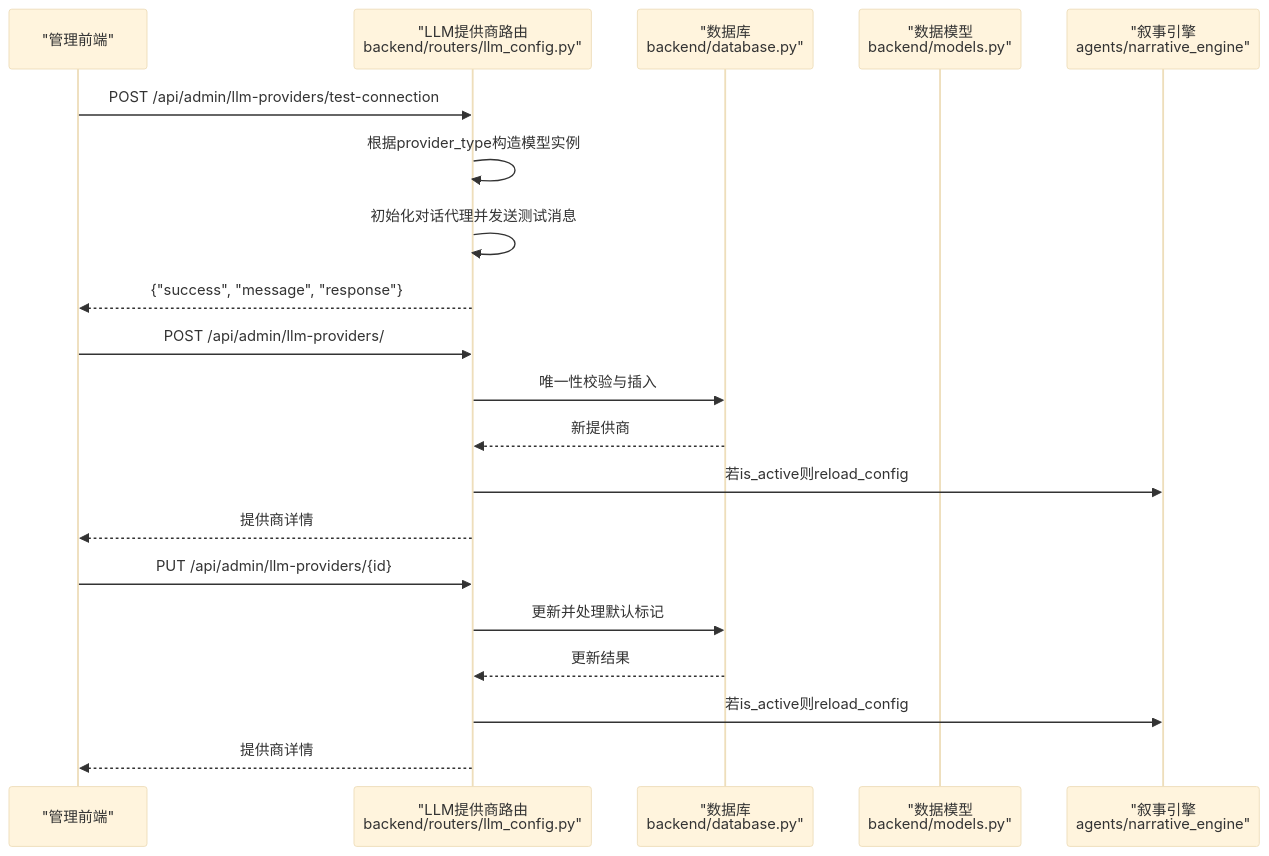
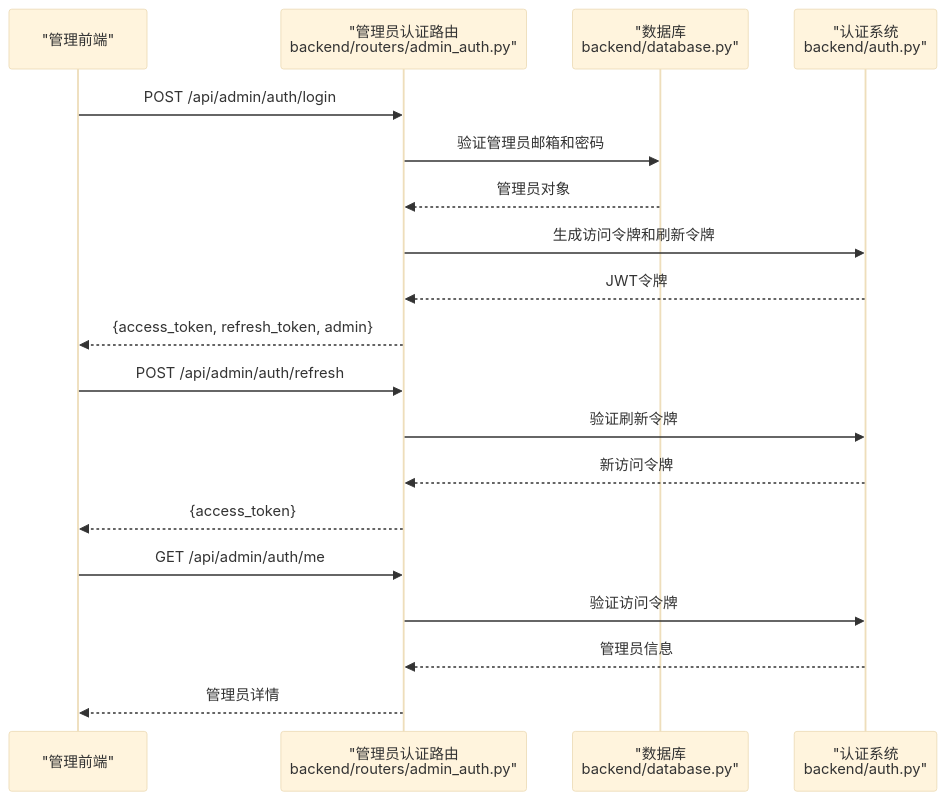
Before and after one commit to KunLabAI/KunFlix: the fourth of 11 diagrams in .qoder/repowiki/zh/content/后台管理系统/后台管理系统.md, drawn with Mermaid (base theme). The commit also changed other lines of this file and 25 other files, not shown here.

First line of the commit message:
feat(admin-auth): 新增管理员认证模块及登录界面优化

````diff
--- a/.qoder/repowiki/zh/content/后台管理系统/后台管理系统.md
+++ b/.qoder/repowiki/zh/content/后台管理系统/后台管理系统.md
@@ -197,22 +284,21 @@
 ```mermaid
 sequenceDiagram
 participant Admin as "管理前端"
-participant API as "LLM提供商路由<br/>backend/routers/llm_config.py"
+participant API as "管理员认证路由<br/>backend/routers/admin_auth.py"
 participant DB as "数据库<br/>backend/database.py"
-participant Model as "数据模型<br/>backend/models.py"
-participant Agent as "叙事引擎<br/>agents/narrative_engine"
-Admin->>API : POST /api/admin/llm-providers/test-connection
-API->>API : 根据provider_type构造模型实例
-API->>API : 初始化对话代理并发送测试消息
-API-->>Admin : {"success", "message", "response"}
-Admin->>API : POST /api/admin/llm-providers/
-API->>DB : 唯一性校验与插入
-DB-->>API : 新提供商
-API->>Agent : 若is_active则reload_config
-API-->>Admin : 提供商详情
-Admin->>API : PUT /api/admin/llm-providers/{id}
-API->>DB : 更新并处理默认标记
-DB-->>API : 更新结果
-API->>Agent : 若is_active则reload_config
-API-->>Admin : 提供商详情
+participant Auth as "认证系统<br/>backend/auth.py"
+Admin->>API : POST /api/admin/auth/login
+API->>DB : 验证管理员邮箱和密码
+DB-->>API : 管理员对象
+API->>Auth : 生成访问令牌和刷新令牌
+Auth-->>API : JWT令牌
+API-->>Admin : {access_token, refresh_token, admin}
+Admin->>API : POST /api/admin/auth/refresh
+API->>Auth : 验证刷新令牌
+Auth-->>API : 新访问令牌
+API-->>Admin : {access_token}
+Admin->>API : GET /api/admin/auth/me
+API->>Auth : 验证访问令牌
+Auth-->>API : 管理员信息
+API-->>Admin : 管理员详情
 ```
````
